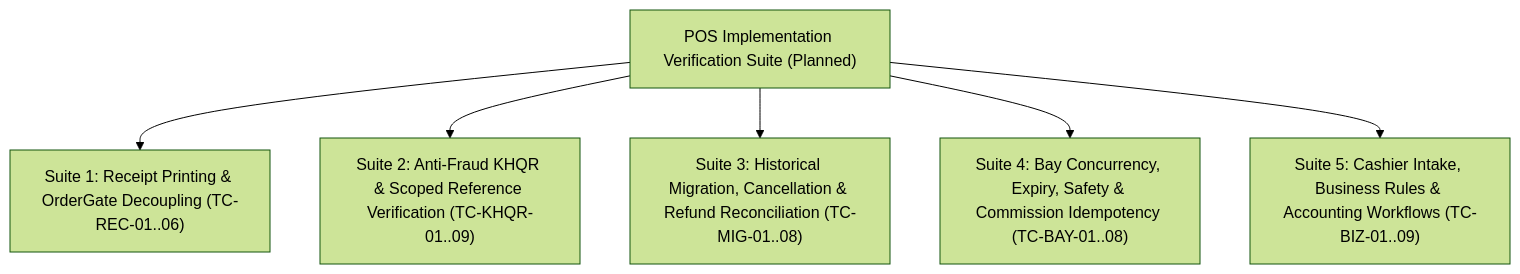
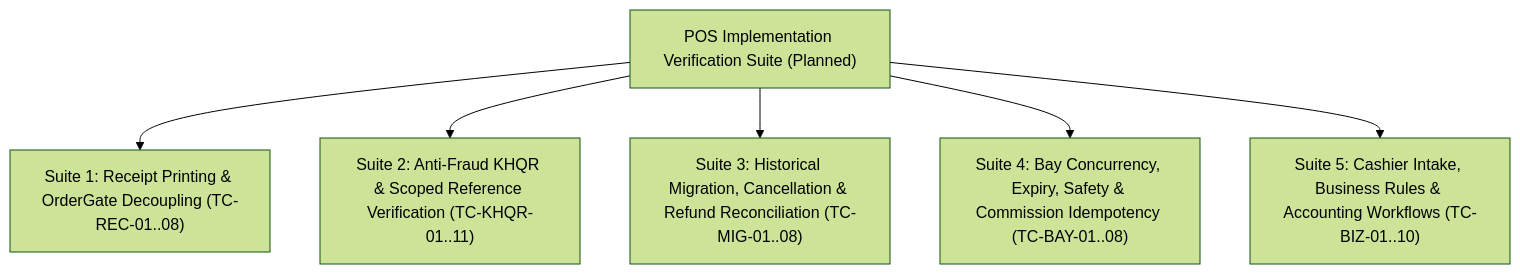
Before and after one commit to Tiffy-gif/Car-WashService: the diagram in POS-IMPLEMENTATION-TEST-MATRIX.md, drawn with Mermaid (forest theme). The commit also changed other lines of this file and 4 other files, not shown here.

````diff
--- a/POS-IMPLEMENTATION-TEST-MATRIX.md
+++ b/POS-IMPLEMENTATION-TEST-MATRIX.md
@@ -22,16 +22,16 @@
 ```mermaid
 graph TD
     Suite["POS Implementation Verification Suite (Planned)"]
     
-    T1["Suite 1: Receipt Printing & OrderGate Decoupling (TC-REC-01..06)"]
-    T2["Suite 2: Anti-Fraud KHQR & Scoped Reference Verification (TC-KHQR-01..09)"]
+    T1["Suite 1: Receipt Printing & OrderGate Decoupling (TC-REC-01..08)"]
+    T2["Suite 2: Anti-Fraud KHQR & Scoped Reference Verification (TC-KHQR-01..11)"]
     T3["Suite 3: Historical Migration, Cancellation & Refund Reconciliation (TC-MIG-01..08)"]
     T4["Suite 4: Bay Concurrency, Expiry, Safety & Commission Idempotency (TC-BAY-01..08)"]
-    T5["Suite 5: Cashier Intake, Business Rules & Accounting Workflows (TC-BIZ-01..09)"]
+    T5["Suite 5: Cashier Intake, Business Rules & Accounting Workflows (TC-BIZ-01..10)"]
 
     Suite --> T1
     Suite --> T2
     Suite --> T3
     Suite --> T4
     Suite --> T5
 ```
````
